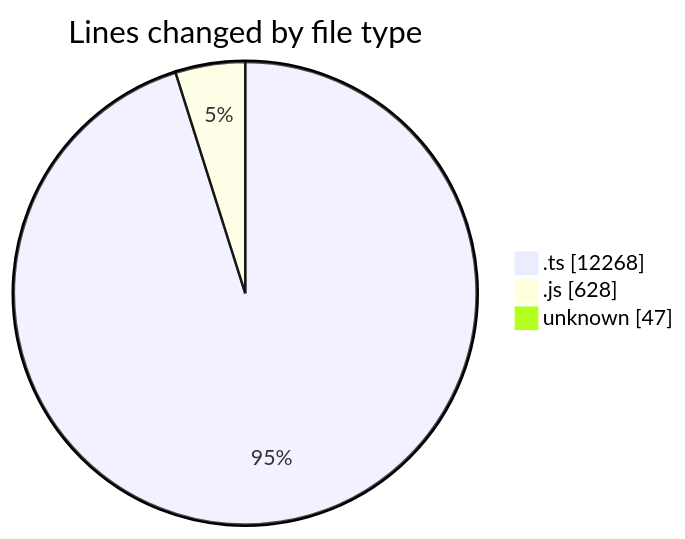
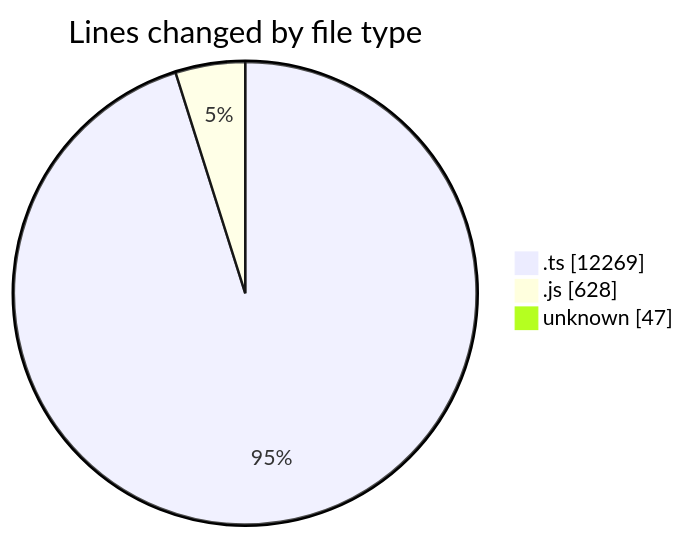
One commit to momahboobian/code-tracking changed the first of 2 diagrams in 2025-09-05/cda/README.md. Above: the diagram before and after it, drawn with Mermaid. The commit also changed other lines of this file and 1 other file, not shown here.

````diff
--- a/2025-09-05/cda/README.md
+++ b/2025-09-05/cda/README.md
@@ -25,7 +25,7 @@
 ```mermaid
 pie showData
 title Lines changed by file type
-".ts" : 12268
+".ts" : 12269
 ".js" : 628
 "unknown" : 47
 ```
````
